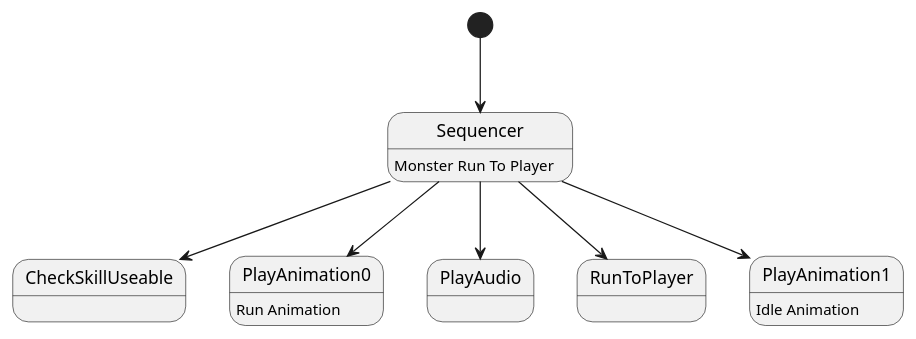
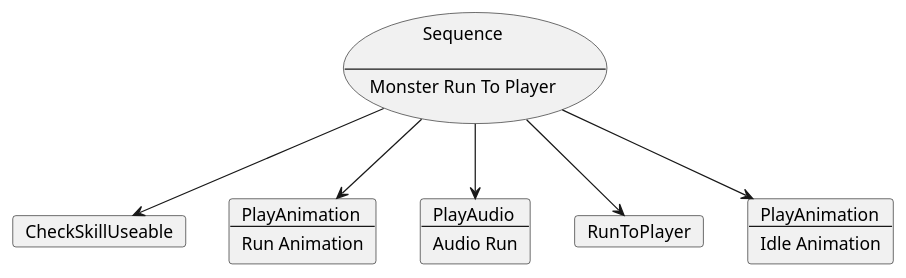
One commit to onedeo/Portfolio changed the diagram in 04. Portfolio/개발문서/BehaviourTree/Attacks/RunToPlayer.puml. Above: the diagram before and after it, drawn with PlantUML. The commit also changed 98 other files, not shown here.

```diff
--- a/04. Portfolio/개발문서/BehaviourTree/Attacks/RunToPlayer.puml
+++ b/04. Portfolio/개발문서/BehaviourTree/Attacks/RunToPlayer.puml
@@ -1,13 +1,33 @@
 @startuml
 
-[*]-->Sequencer
-Sequencer : Monster Run To Player
-Sequencer-->CheckSkillUseable
-Sequencer-->PlayAnimation0
-PlayAnimation0 : Run Animation
-Sequencer-->PlayAudio
-Sequencer-->RunToPlayer
-Sequencer-->PlayAnimation1
-PlayAnimation1 : Idle Animation
+usecase Sequence[
+    Sequence
+    
+    ---
+    Monster Run To Player
+]
+card CheckSkillUseable
+card PlayAnimation0[
+    PlayAnimation
+    ---
+    Run Animation
+]
+card PlayAudio[
+    PlayAudio
+    ---
+    Audio Run
+]
+card RunToPlayer
+card PlayAnimation1[
+    PlayAnimation
+    ---
+    Idle Animation
+]
+
+Sequence-->CheckSkillUseable
+Sequence-->PlayAnimation0
+Sequence-->PlayAudio
+Sequence-->RunToPlayer
+Sequence-->PlayAnimation1
 
 @enduml
```
